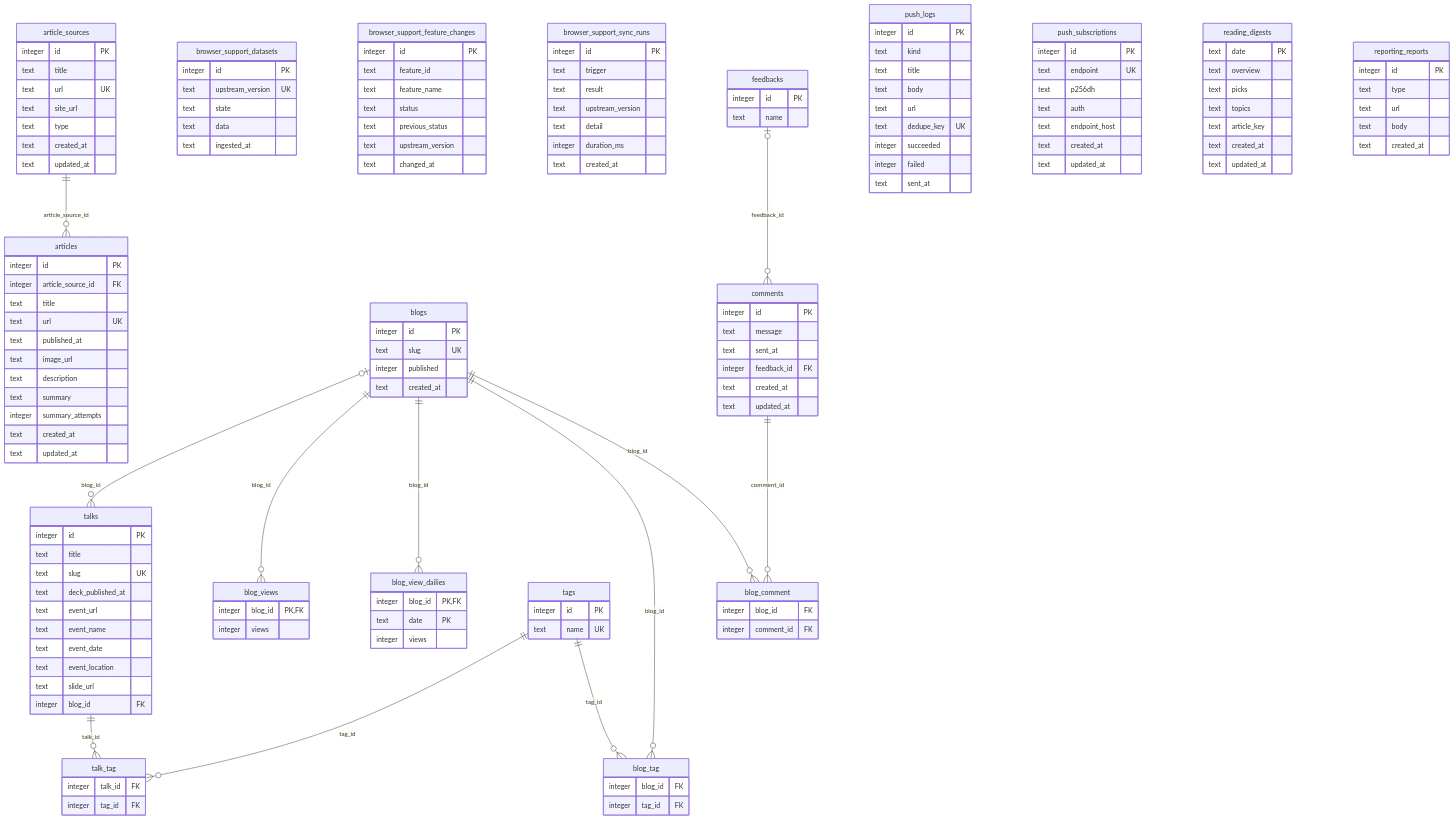
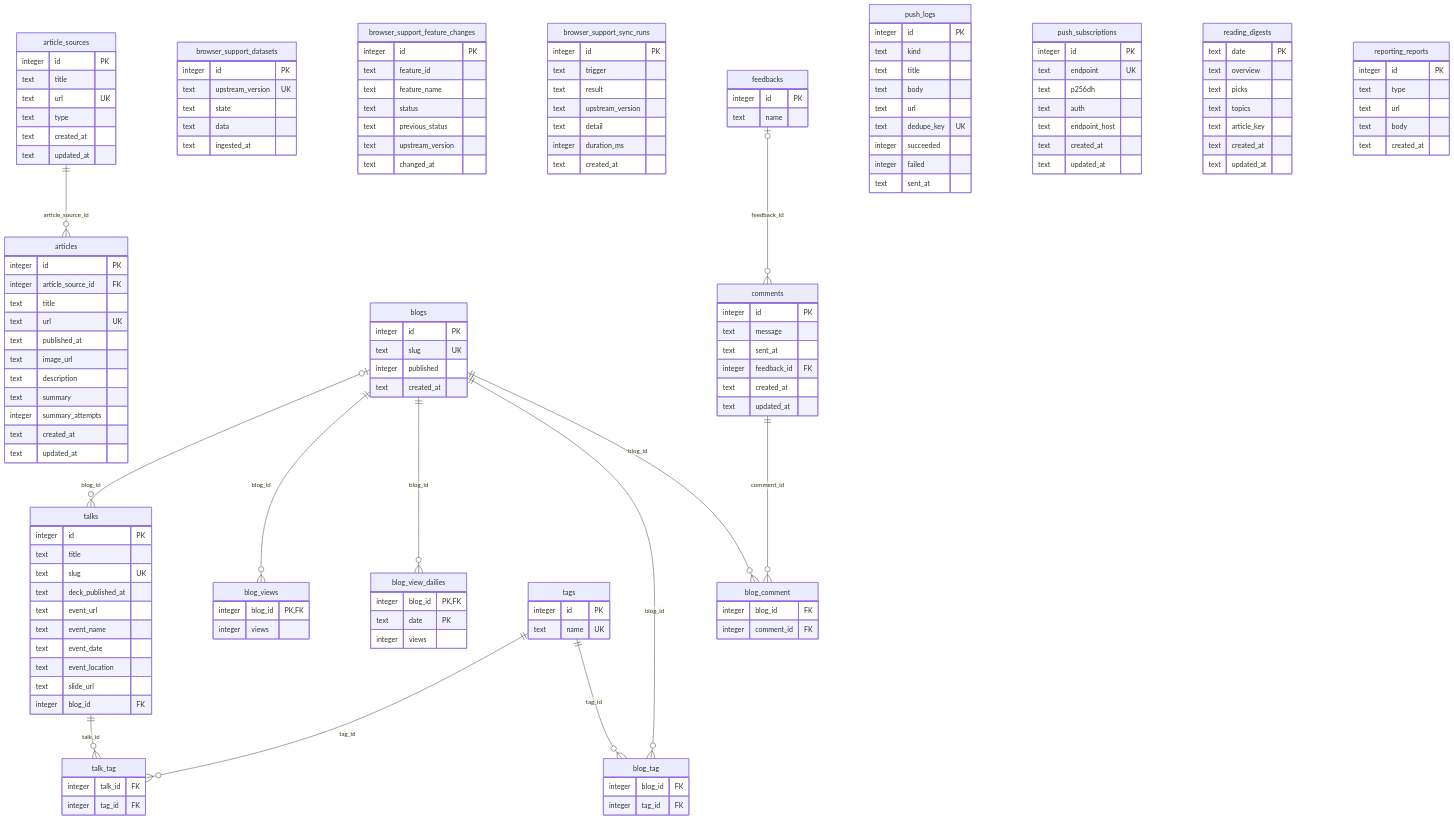
The diagram in packages/database/README.md (k35o/k8o), drawn with Mermaid before and after one commit. The commit also changed 6 other files, not shown here.

First line of the commit message:
chore(database): reading-list のソースから site_url と manual を消す

```diff
--- a/packages/database/README.md
+++ b/packages/database/README.md
@@ -62,7 +62,6 @@
     integer id PK
     text title
     text url UK
-    text site_url
     text type
     text created_at
     text updated_at
```
